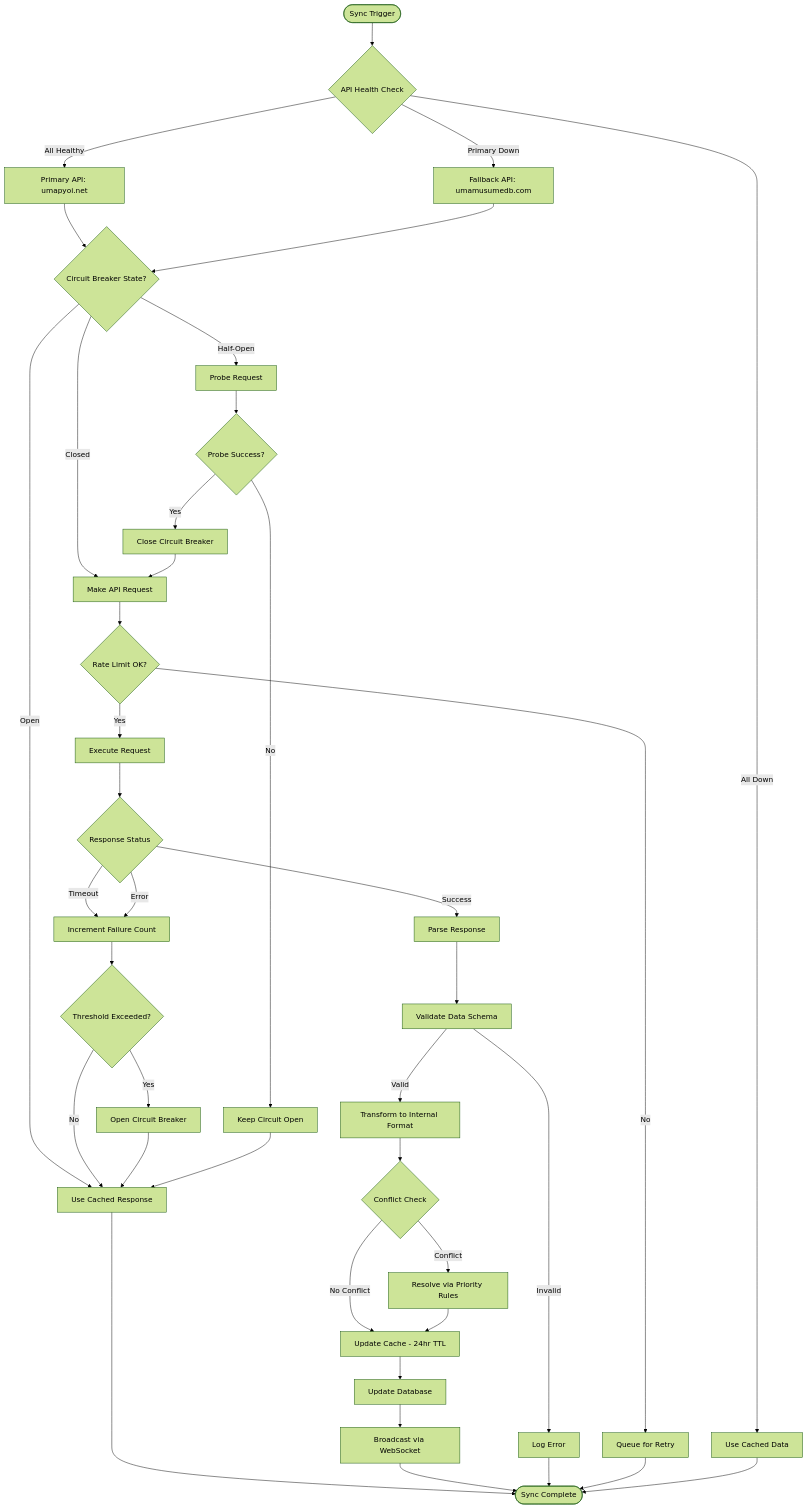
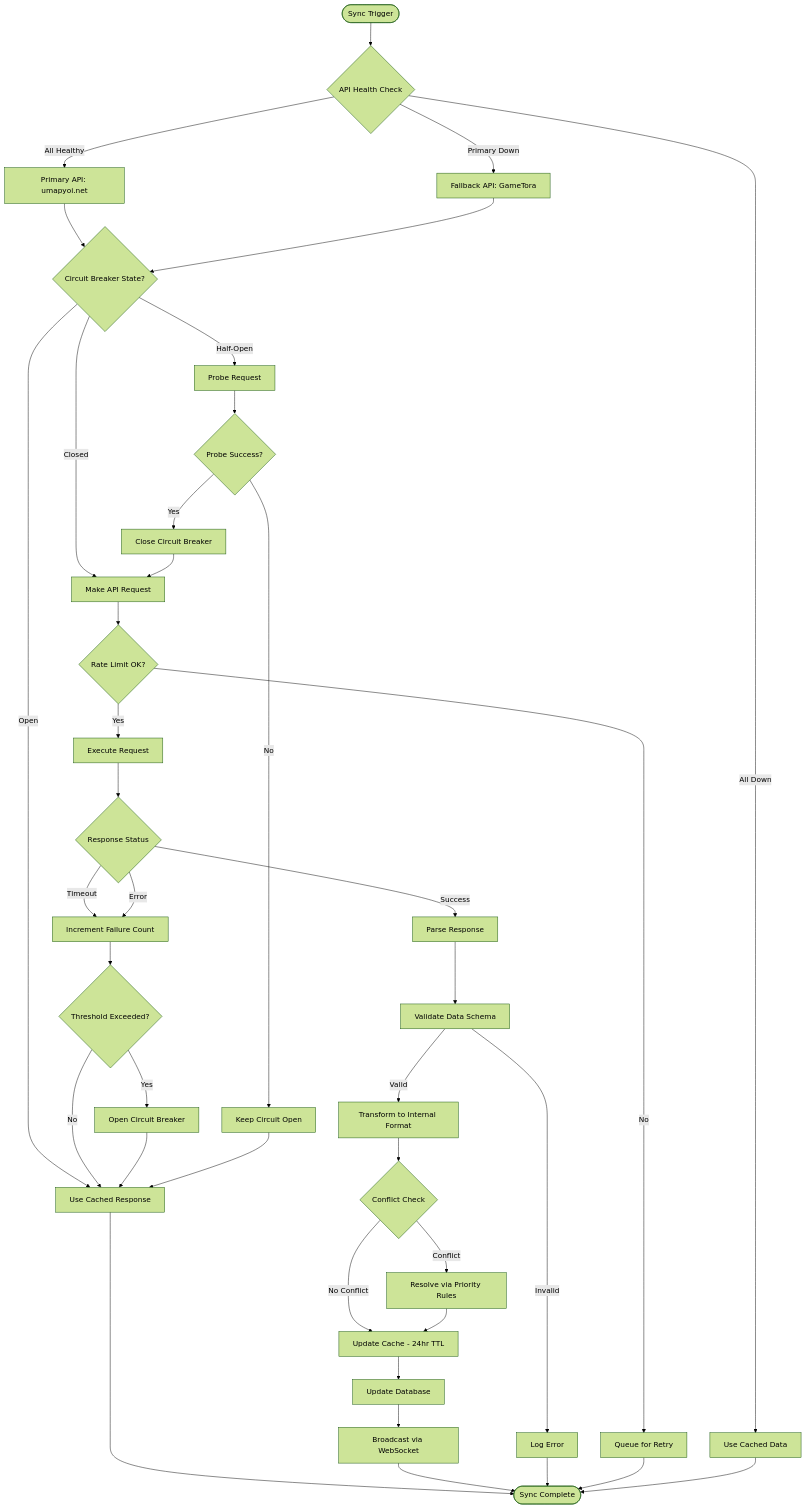
Before and after one commit to exatfrds67/umamusume-career-planner: the second of 18 diagrams in docs/01-diagrams/system-process-flow-diagrams.md, drawn with Mermaid (forest theme). The commit also changed other lines of this file and 111 other files, not shown here.

````diff
--- a/docs/01-diagrams/system-process-flow-diagrams.md
+++ b/docs/01-diagrams/system-process-flow-diagrams.md
@@ -108,54 +109,54 @@
 ```mermaid
 flowchart TD
     Trigger([Sync Trigger]) --> HealthCheck{API Health Check}
     
     HealthCheck -->|All Healthy| Primary[Primary API: umapyoi.net]
-    HealthCheck -->|Primary Down| Fallback[Fallback API: umamusumedb.com]
+    HealthCheck -->|Primary Down| Fallback[Fallback API: GameTora]
     HealthCheck -->|All Down| CachedData[Use Cached Data]
     
     Primary --> CircuitBreaker{Circuit Breaker State?}
     Fallback --> CircuitBreaker
     
     CircuitBreaker -->|Closed| MakeRequest[Make API Request]
     CircuitBreaker -->|Open| UseCached[Use Cached Response]
     CircuitBreaker -->|Half-Open| ProbeRequest[Probe Request]
     
     MakeRequest --> RateLimiter{Rate Limit OK?}
     RateLimiter -->|Yes| Execute[Execute Request]
     RateLimiter -->|No| Queue[Queue for Retry]
     
     Execute --> Response{Response Status}
     Response -->|Success| Parse[Parse Response]
     Response -->|Timeout| IncrementFailure[Increment Failure Count]
     Response -->|Error| IncrementFailure
     
     Parse --> Validate[Validate Data Schema]
     Validate -->|Valid| Transform[Transform to Internal Format]
     Validate -->|Invalid| LogError[Log Error]
     
     Transform --> ConflictCheck{Conflict Check}
     ConflictCheck -->|No Conflict| UpdateCache[Update Cache - 24hr TTL]
     ConflictCheck -->|Conflict| Resolve[Resolve via Priority Rules]
     
     Resolve --> UpdateCache
     UpdateCache --> UpdateDB[Update Database]
     UpdateDB --> Broadcast[Broadcast via WebSocket]
     
     IncrementFailure --> ThresholdCheck{Threshold Exceeded?}
     ThresholdCheck -->|Yes| OpenCircuit[Open Circuit Breaker]
     ThresholdCheck -->|No| UseCached
     
     OpenCircuit --> UseCached
     UseCached --> Complete([Sync Complete])
     Broadcast --> Complete
     LogError --> Complete
     Queue --> Complete
     CachedData --> Complete
     
     ProbeRequest --> ProbeResult{Probe Success?}
     ProbeResult -->|Yes| CloseCircuit[Close Circuit Breaker]
     ProbeResult -->|No| KeepOpen[Keep Circuit Open]
     
     CloseCircuit --> MakeRequest
     KeepOpen --> UseCached
 ```
````
